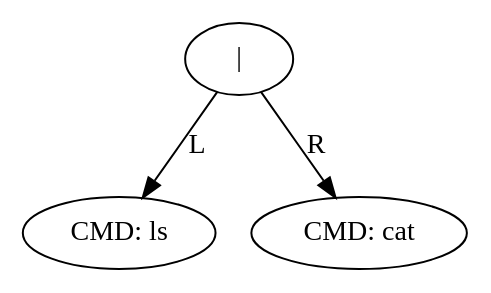
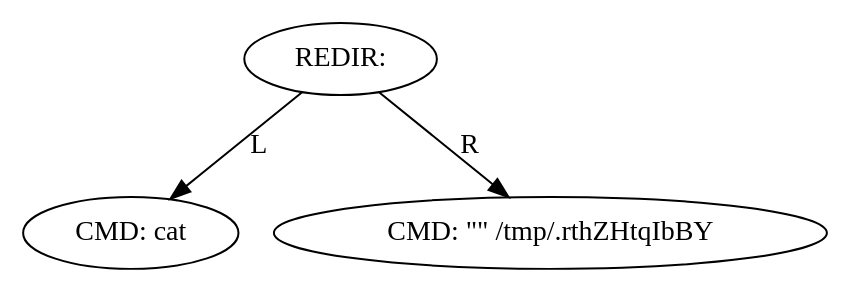
Before and after one commit to elachyry/minishell: the diagram in ast.dot, drawn with Graphviz. The commit also changed 6 other files, not shown here.

```diff
--- a/ast.dot
+++ b/ast.dot
@@ -1,7 +1,7 @@
 digraph AST {
-"0x6030000019f0" [label="|"];
-"0x6030000019f0" -> "0x603000001a20" [label="L"];
-"0x603000001a20" [label="CMD: ls"];
-"0x6030000019f0" -> "0x603000001a50" [label="R"];
-"0x603000001a50" [label="CMD: cat"];
+"0x16c4ce0" [label="REDIR: "];
+"0x16c4ce0" -> "0x16c4e30" [label="L"];
+"0x16c4e30" [label="CMD: cat"];
+"0x16c4ce0" -> "0x16c4e80" [label="R"];
+"0x16c4e80" [label="CMD: \"\" /tmp/.rthZHtqIbBY"];
 }
```
